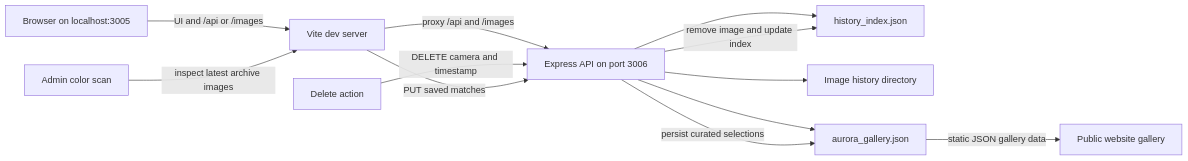
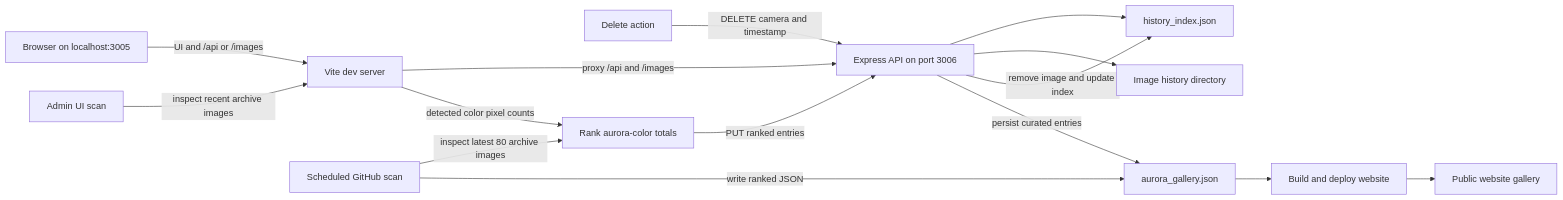
The diagram in admin/README.md (Krugou/aurorawatcher), drawn with Mermaid before and after one commit. The commit also changed other lines of this file and 12 other files, not shown here.

Commit message:
feat(web): automate ranked aurora gallery publishing

````diff
--- a/admin/README.md
+++ b/admin/README.md
@@ -21,14 +21,17 @@
 ```mermaid
 flowchart LR
     A[Browser on localhost:3005] -->|UI and /api or /images| B[Vite dev server]
     B -->|proxy /api and /images| C[Express API on port 3006]
     C --> D[history_index.json]
     C --> E[Image history directory]
-    C --> G[aurora_gallery.json]
     F[Delete action] -->|DELETE camera and timestamp| C
     C -->|remove image and update index| D
-    H[Admin color scan] -->|inspect latest archive images| B
-    B -->|PUT saved matches| C
-    C -->|persist curated selections| G
-    G -->|static JSON gallery data| I[Public website gallery]
+    H[Admin UI scan] -->|inspect recent archive images| B
+    J[Scheduled GitHub scan] -->|inspect latest 80 archive images| R[Rank aurora-color totals]
+    B -->|detected color pixel counts| R
+    R -->|PUT ranked entries| C
+    J -->|write ranked JSON| G[aurora_gallery.json]
+    C -->|persist curated entries| G
+    G --> K[Build and deploy website]
+    K --> I[Public website gallery]
 ```
````
